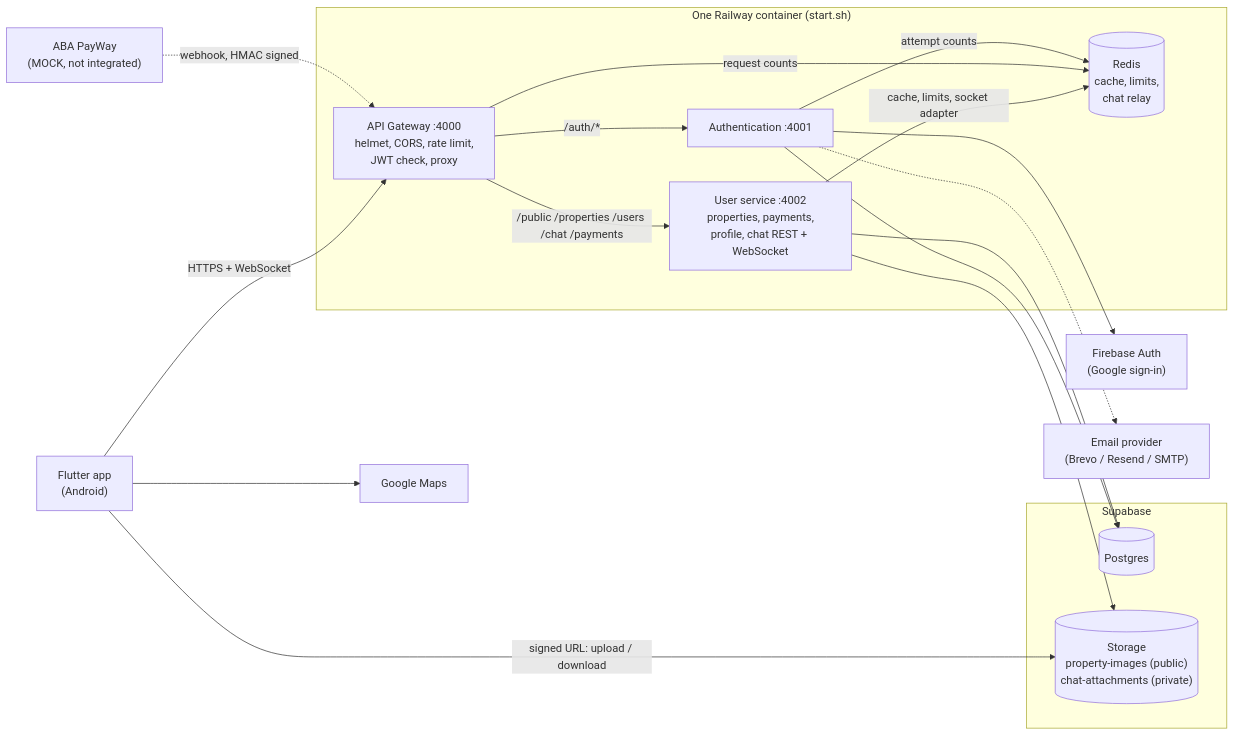
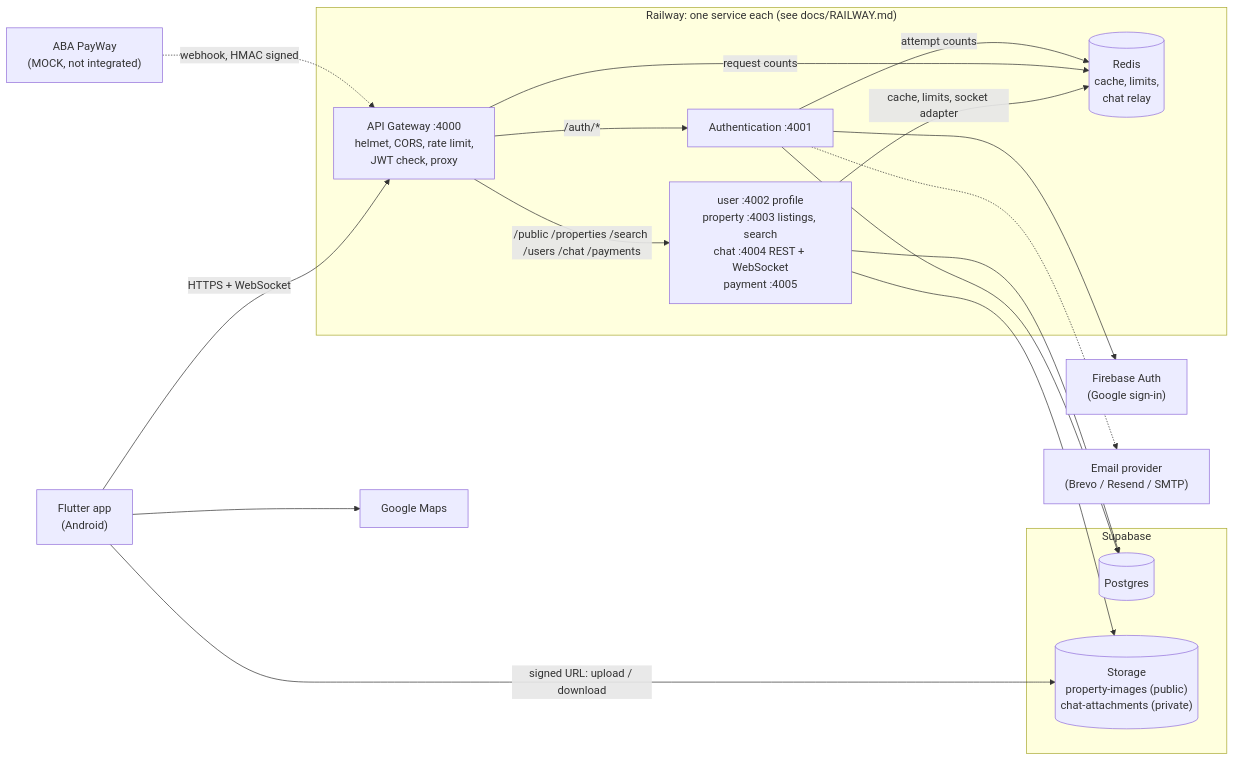
Before and after one commit to GenieKH/GenieBackend: the first of 16 diagrams in docs/SYSTEM_DESIGN.md, drawn with Mermaid. The commit also changed other lines of this file and 238 other files, not shown here.

````diff
--- a/docs/SYSTEM_DESIGN.md
+++ b/docs/SYSTEM_DESIGN.md
@@ -15,36 +20,36 @@
 ```mermaid
 flowchart LR
     App["Flutter app<br/>(Android)"]
 
-    subgraph Railway["One Railway container (start.sh)"]
+    subgraph Railway["Railway: one service each (see docs/RAILWAY.md)"]
         GW["API Gateway :4000<br/>helmet, CORS, rate limit,<br/>JWT check, proxy"]
         AUTH["Authentication :4001"]
-        USER["User service :4002<br/>properties, payments,<br/>profile, chat REST + WebSocket"]
+        USER["user :4002 profile<br/>property :4003 listings, search<br/>chat :4004 REST + WebSocket<br/>payment :4005"]
         REDIS[("Redis<br/>cache, limits,<br/>chat relay")]
     end
 
     subgraph Supabase
         PG[("Postgres")]
         STORE[("Storage<br/>property-images (public)<br/>chat-attachments (private)")]
     end
 
     FB["Firebase Auth<br/>(Google sign-in)"]
     MAIL["Email provider<br/>(Brevo / Resend / SMTP)"]
     PAY["ABA PayWay<br/>(MOCK, not integrated)"]
     MAPS["Google Maps"]
 
     App -->|"HTTPS + WebSocket"| GW
     GW -->|"/auth/*"| AUTH
-    GW -->|"/public /properties /users /chat /payments"| USER
+    GW -->|"/public /properties /search /users /chat /payments"| USER
     AUTH --> PG
     USER --> PG
     USER -->|"cache, limits, socket adapter"| REDIS
     GW -->|"request counts"| REDIS
     AUTH -->|"attempt counts"| REDIS
     USER --> STORE
     App -->|"signed URL: upload / download"| STORE
     AUTH --> FB
     AUTH -.-> MAIL
     PAY -.->|"webhook, HMAC signed"| GW
     App --> MAPS
 ```
````
